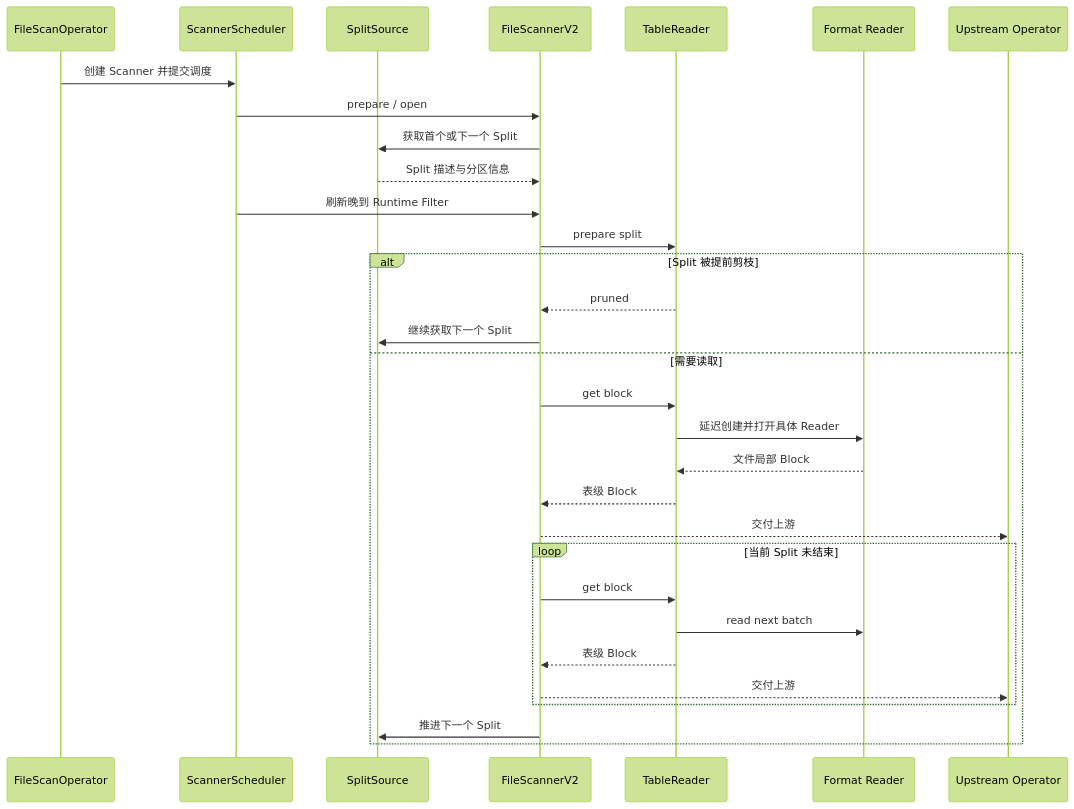
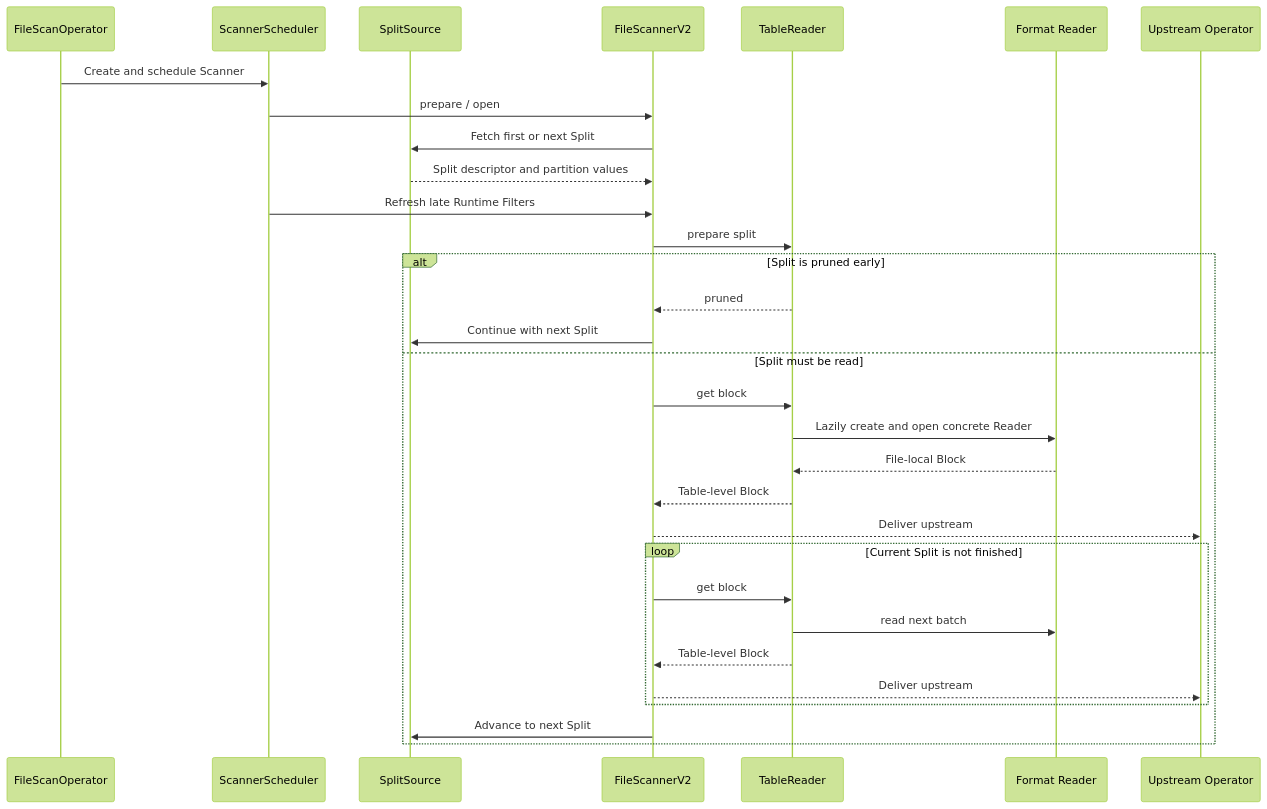
Before and after one commit to apache/doris: the second of 8 diagrams in docs/file-scanner-v2-design.md, drawn with Mermaid (forest theme). The commit also changed other lines of this file and 1 other file, not shown here.

First line of the commit message:
[doc](be) Translate FileScannerV2 design docs

````diff
--- a/docs/file-scanner-v2-design.md
+++ b/docs/file-scanner-v2-design.md
@@ -63,33 +70,33 @@
 ```mermaid
 sequenceDiagram
     participant O as FileScanOperator
     participant S as ScannerScheduler
     participant X as SplitSource
     participant F as FileScannerV2
     participant T as TableReader
     participant R as Format Reader
     participant U as Upstream Operator
-    O->>S: 创建 Scanner 并提交调度
+    O->>S: Create and schedule Scanner
     S->>F: prepare / open
-    F->>X: 获取首个或下一个 Split
-    X-->>F: Split 描述与分区信息
-    S->>F: 刷新晚到 Runtime Filter
+    F->>X: Fetch first or next Split
+    X-->>F: Split descriptor and partition values
+    S->>F: Refresh late Runtime Filters
     F->>T: prepare split
-    alt Split 被提前剪枝
+    alt Split is pruned early
         T-->>F: pruned
-        F->>X: 继续获取下一个 Split
-    else 需要读取
+        F->>X: Continue with next Split
+    else Split must be read
         F->>T: get block
-        T->>R: 延迟创建并打开具体 Reader
-        R-->>T: 文件局部 Block
-        T-->>F: 表级 Block
-        F-->>U: 交付上游
-        loop 当前 Split 未结束
+        T->>R: Lazily create and open concrete Reader
+        R-->>T: File-local Block
+        T-->>F: Table-level Block
+        F-->>U: Deliver upstream
+        loop Current Split is not finished
             F->>T: get block
             T->>R: read next batch
-            T-->>F: 表级 Block
-            F-->>U: 交付上游
+            T-->>F: Table-level Block
+            F-->>U: Deliver upstream
         end
-        F->>X: 推进下一个 Split
+        F->>X: Advance to next Split
     end
 ```
````
